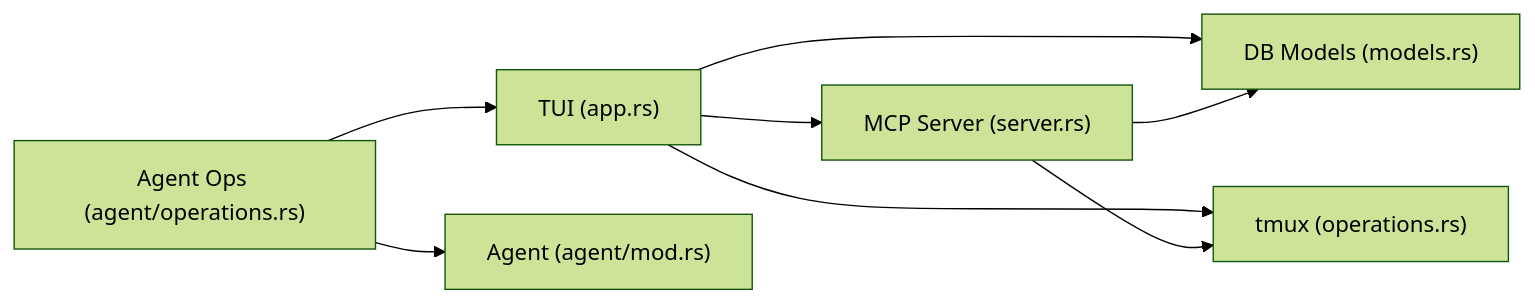
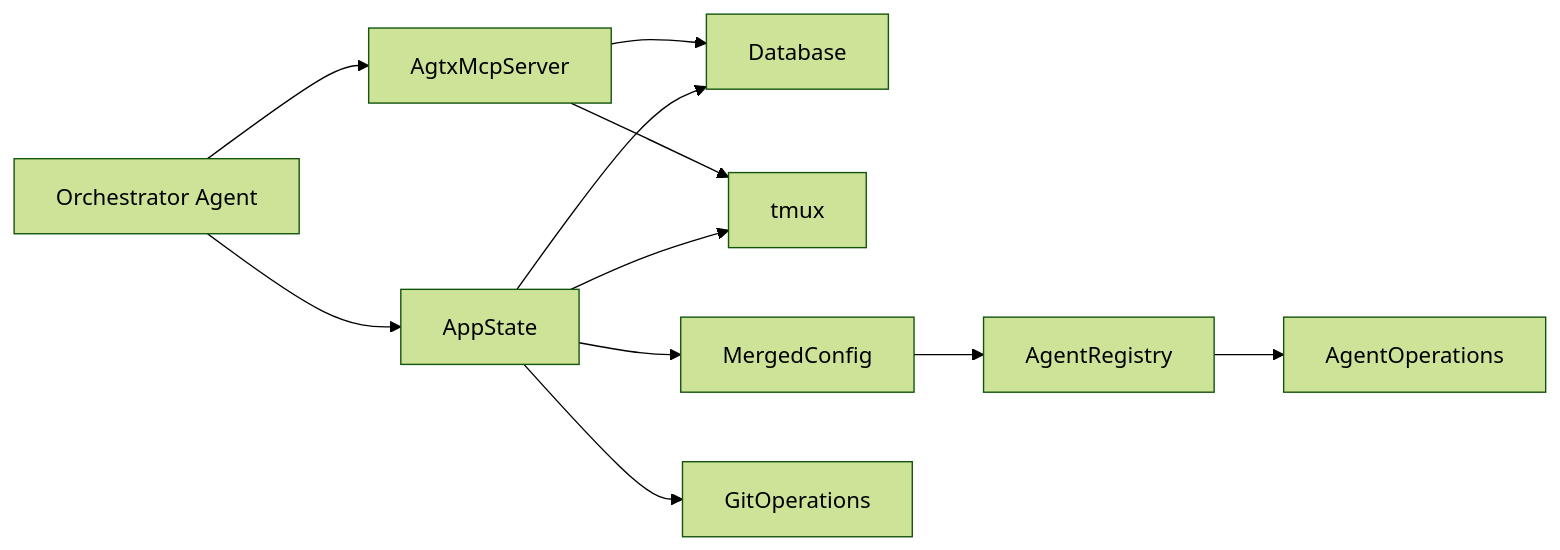
Before and after one commit to bramburn/agtx: the seventh of 7 diagrams in .qoder/repowiki/en/content/Advanced Features/Orchestrator Agent.md, drawn with Mermaid (forest theme). The commit also changed other lines of this file and 140 other files, not shown here.

````diff
--- a/.qoder/repowiki/en/content/Advanced Features/Orchestrator Agent.md
+++ b/.qoder/repowiki/en/content/Advanced Features/Orchestrator Agent.md
@@ -253,10 +310,13 @@
 ```mermaid
 graph LR
-TUI["TUI (app.rs)"] --> MCP["MCP Server (server.rs)"]
-TUI --> DB["DB Models (models.rs)"]
-TUI --> TMUX["tmux (operations.rs)"]
-MCP --> DB
-MCP --> TMUX
-AGOPS["Agent Ops (agent/operations.rs)"] --> AGMOD["Agent (agent/mod.rs)"]
-AGOPS --> TUI
+Orchestrator["Orchestrator Agent"] --> MCP["AgtxMcpServer"]
+MCP --> DB["Database"]
+MCP --> TMUX["tmux"]
+Orchestrator --> TUI["AppState"]
+TUI --> DB
+TUI --> TMUX
+TUI --> Config["MergedConfig"]
+TUI --> Git["GitOperations"]
+Config --> Agents["AgentRegistry"]
+Agents --> AgentOps["AgentOperations"]
 ```
````
